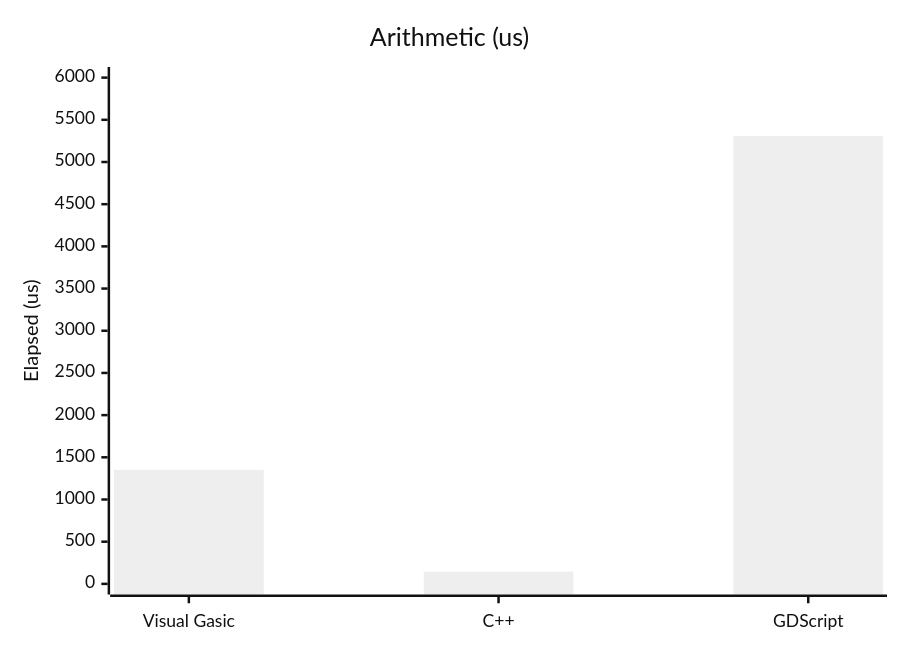
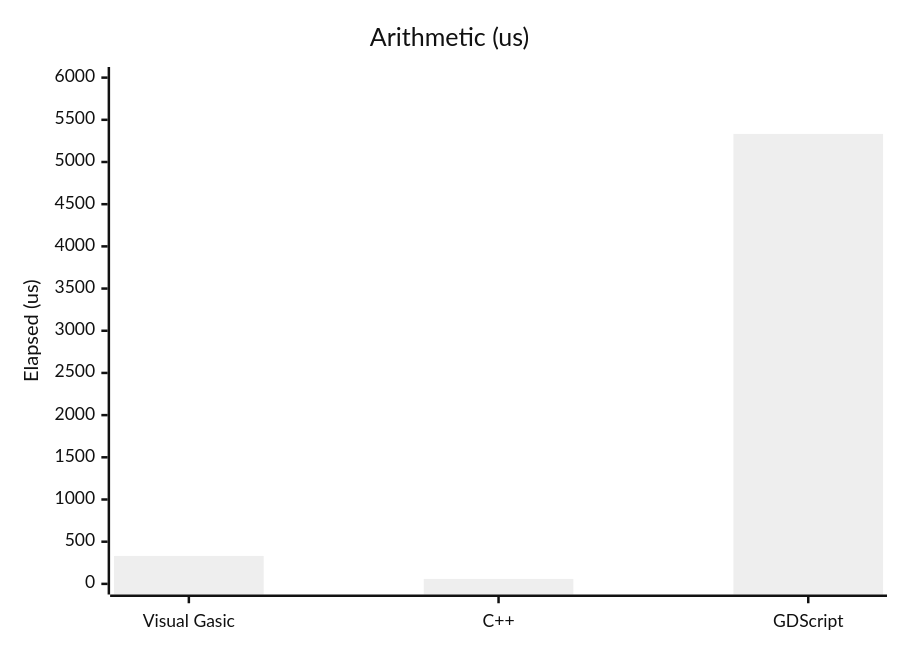
The first of 11 diagrams in docs/manual/performance.md (xgreenrx-star/VisualGasic), drawn with Mermaid (neutral theme) before and after one commit. The commit also changed other lines of this file and 3 other files, not shown here.

````diff
--- a/docs/manual/performance.md
+++ b/docs/manual/performance.md
@@ -81,7 +89,7 @@
 ```mermaid
 xychart-beta
     title "Arithmetic (us)"
     x-axis ["Visual Gasic","C++","GDScript"]
     y-axis "Elapsed (us)" 0 --> 6000
-    bar [1351,145,5308]
+    bar [331,59,5333]
 ```
````
